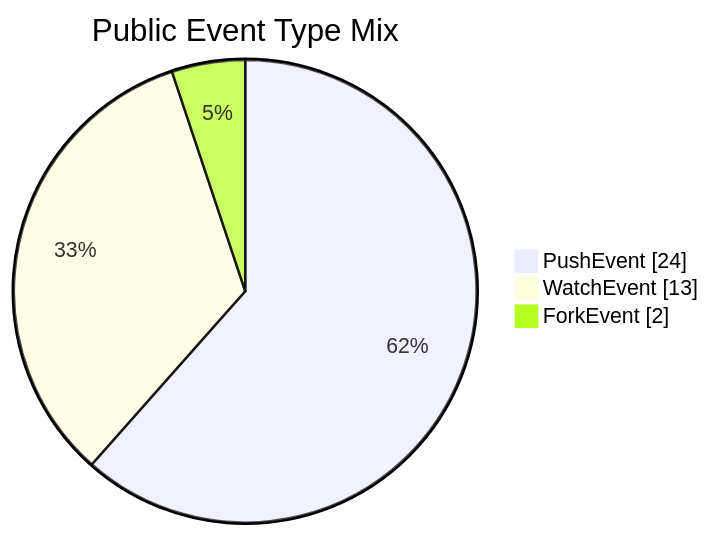
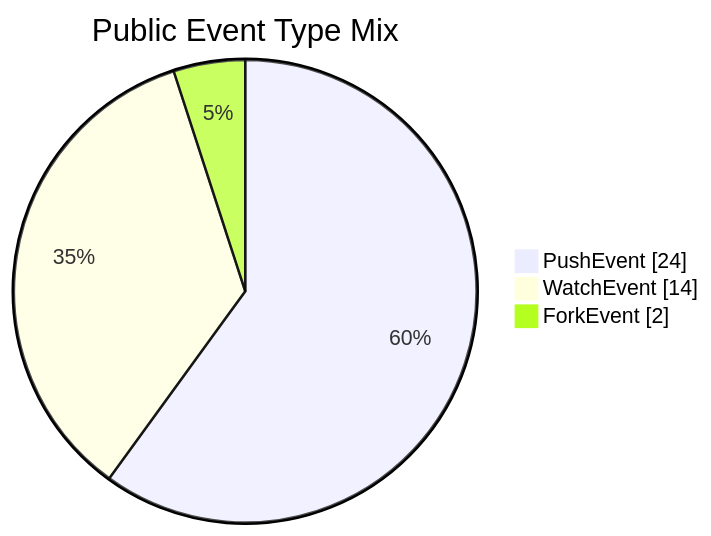
One commit to manhquydev/manhquydev changed the second of 2 diagrams in README.md. Above: the diagram before and after it, drawn with Mermaid. The commit also changed other lines of this file and 4 other files, not shown here.

````diff
--- a/README.md
+++ b/README.md
@@ -136,7 +136,7 @@
 ```mermaid
 pie showData
   title Public Event Type Mix
   "PushEvent" : 24
-  "WatchEvent" : 13
+  "WatchEvent" : 14
   "ForkEvent" : 2
 ```
````
